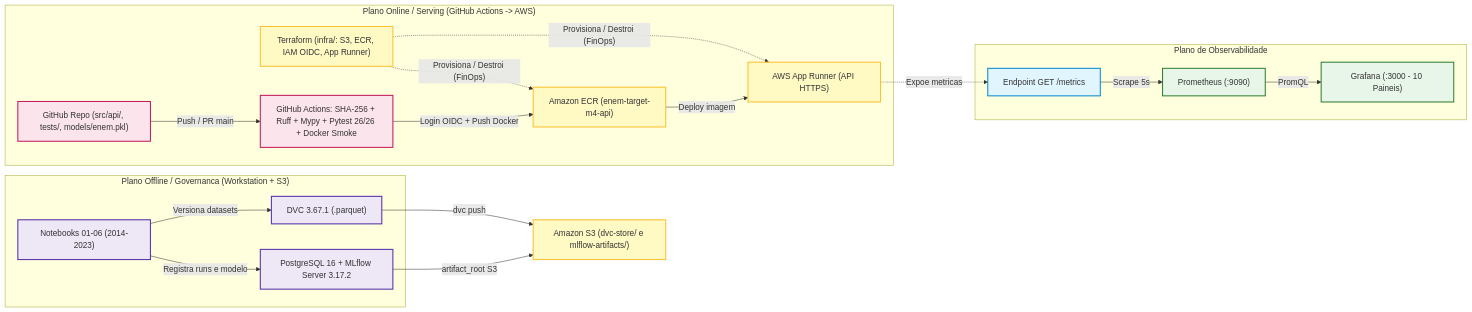
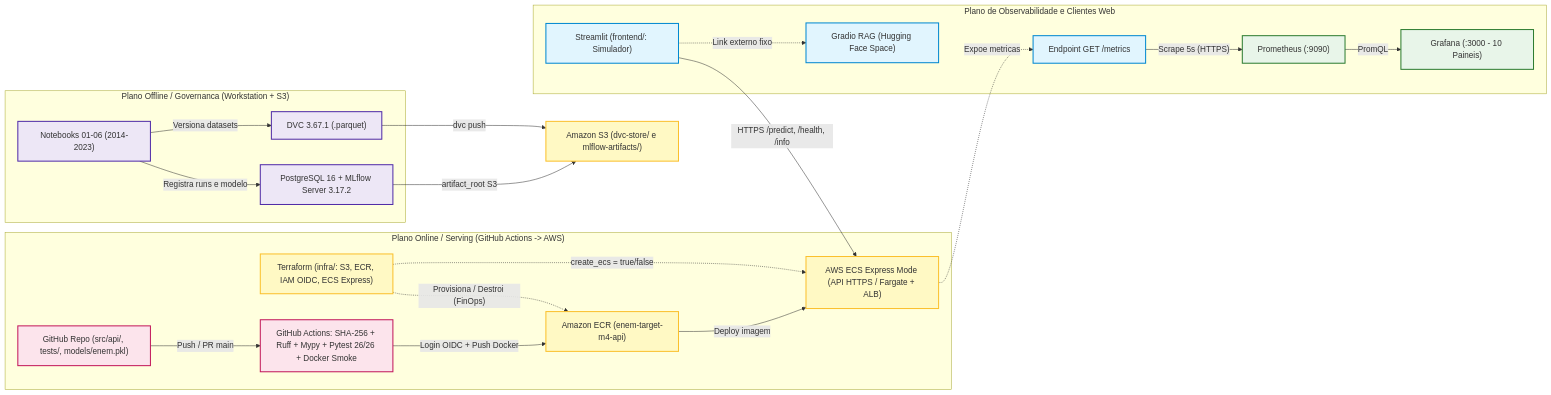
Before and after one commit to Prof-Saulo-Santos/mba-tcc-enem: the diagram in docs/diagrama_deploy_aws.md, drawn with Mermaid. The commit also changed other lines of this file, not shown here.

Commit message:
docs(infra): atualiza diagrama de deploy AWS para ECS Express Mode

````diff
--- a/docs/diagrama_deploy_aws.md
+++ b/docs/diagrama_deploy_aws.md
@@ -11,47 +12,51 @@
 ```mermaid
 flowchart LR
     classDef offline fill:#ede7f6,stroke:#512da8,stroke-width:2px;
     classDef code fill:#e1f5fe,stroke:#0288d1,stroke-width:2px;
     classDef cicd fill:#fce4ec,stroke:#c2185b,stroke-width:2px;
     classDef aws fill:#fff9c4,stroke:#fbc02d,stroke-width:2px;
     classDef obs fill:#e8f5e9,stroke:#2e7d32,stroke-width:2px;
 
     subgraph Offline ["Plano Offline / Governanca (Workstation + S3)"]
         NB["Notebooks 01-06 (2014-2023)"]
         DVC["DVC 3.67.1 (.parquet)"]
         PG["PostgreSQL 16 + MLflow Server 3.17.2"]
         NB -->|"Versiona datasets"| DVC
         NB -->|"Registra runs e modelo"| PG
     end
     class NB,DVC,PG offline;
 
     S3["Amazon S3 (dvc-store/ e mlflow-artifacts/)"]
     DVC -->|"dvc push"| S3
     PG -->|"artifact_root S3"| S3
     class S3 aws;
 
     subgraph Online ["Plano Online / Serving (GitHub Actions -> AWS)"]
         GIT["GitHub Repo (src/api/, tests/, models/enem.pkl)"]
         CI["GitHub Actions: SHA-256 + Ruff + Mypy + Pytest 26/26 + Docker Smoke"]
-        TF["Terraform (infra/: S3, ECR, IAM OIDC, App Runner)"]
+        TF["Terraform (infra/: S3, ECR, IAM OIDC, ECS Express)"]
         ECR["Amazon ECR (enem-target-m4-api)"]
-        AR["AWS App Runner (API HTTPS)"]
+        ECS["AWS ECS Express Mode (API HTTPS / Fargate + ALB)"]
         GIT -->|"Push / PR main"| CI
         TF -.->|"Provisiona / Destroi (FinOps)"| ECR
-        TF -.->|"Provisiona / Destroi (FinOps)"| AR
+        TF -.->|"create_ecs = true/false"| ECS
         CI -->|"Login OIDC + Push Docker"| ECR
-        ECR -->|"Deploy imagem"| AR
+        ECR -->|"Deploy imagem"| ECS
     end
     class GIT,CI cicd;
-    class TF,ECR,AR aws;
+    class TF,ECR,ECS aws;
 
-    subgraph Obs ["Plano de Observabilidade"]
+    subgraph Obs ["Plano de Observabilidade e Clientes Web"]
+        ST["Streamlit (frontend/: Simulador)"]
+        RAG["Gradio RAG (Hugging Face Space)"]
         METRICS["Endpoint GET /metrics"]
         PROM["Prometheus (:9090)"]
         GRAF["Grafana (:3000 - 10 Paineis)"]
-        AR -.->|"Expoe metricas"| METRICS
-        METRICS -->|"Scrape 5s"| PROM -->|"PromQL"| GRAF
+        ST -->|"HTTPS /predict, /health, /info"| ECS
+        ST -.->|"Link externo fixo"| RAG
+        ECS -.->|"Expoe metricas"| METRICS
+        METRICS -->|"Scrape 5s (HTTPS)"| PROM -->|"PromQL"| GRAF
     end
-    class METRICS code;
+    class ST,RAG,METRICS code;
     class PROM,GRAF obs;
 ```
````
